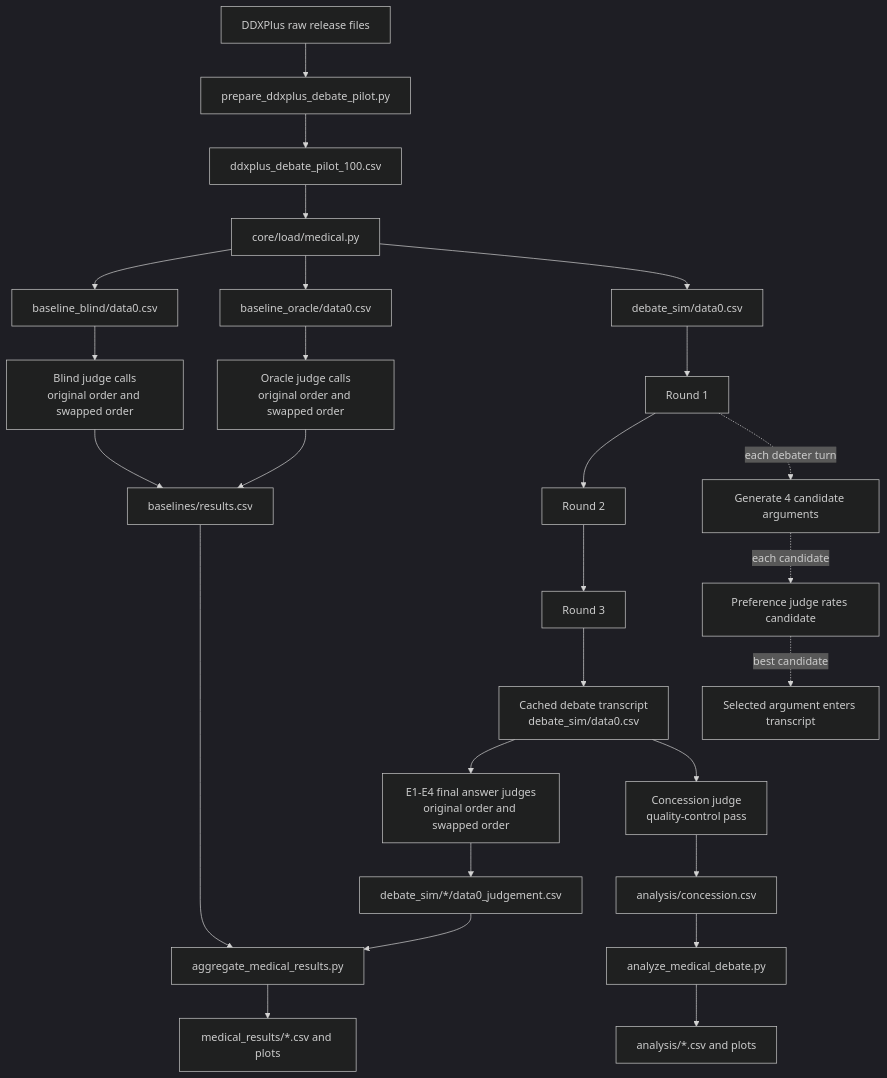
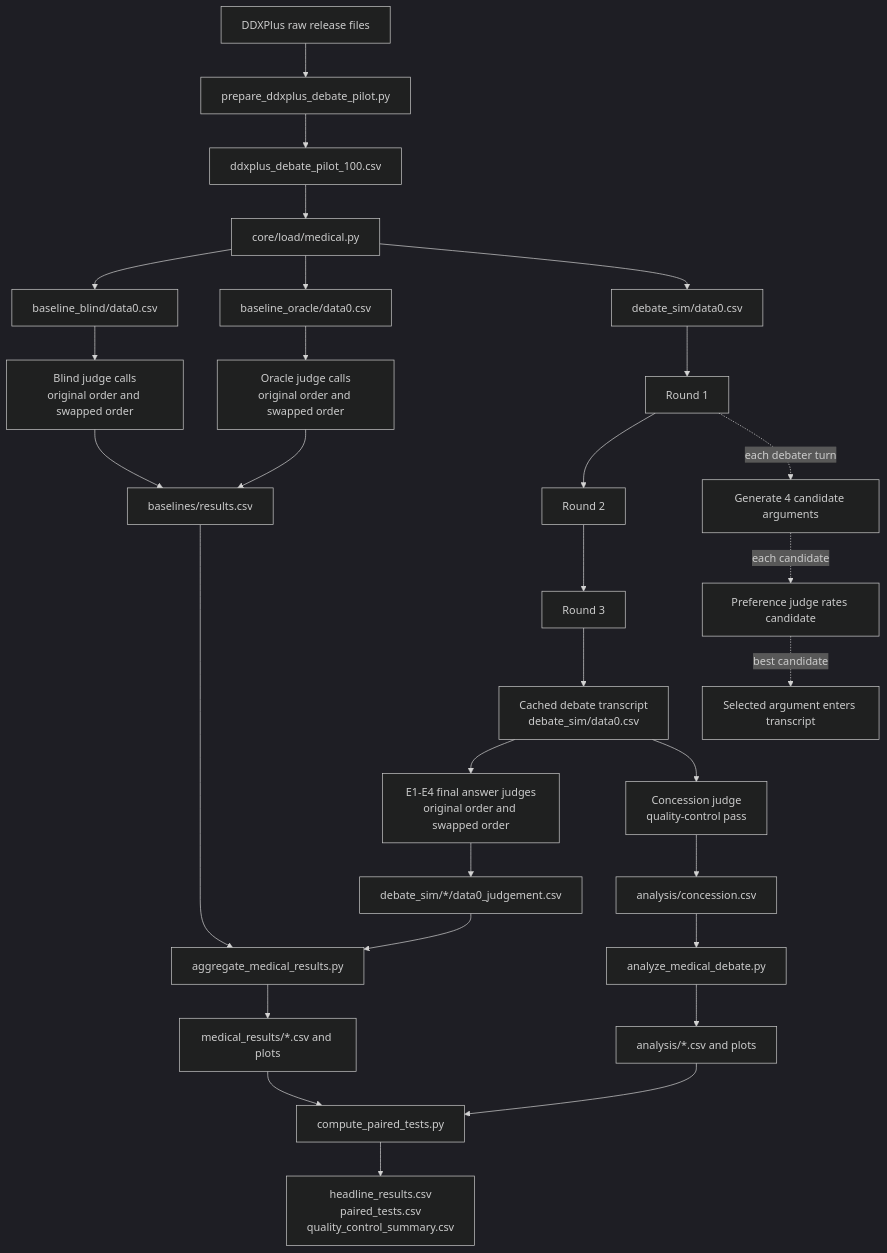
Before and after one commit to PS5138/llm_debate: the diagram in README.md, drawn with Mermaid (dark theme). The commit also changed other lines of this file and 15 other files, not shown here.

````diff
--- a/README.md
+++ b/README.md
@@ -88,33 +88,36 @@
 ```mermaid
 flowchart TD
     A["DDXPlus raw release files"] --> B["prepare_ddxplus_debate_pilot.py"]
     B --> C["ddxplus_debate_pilot_100.csv"]
     C --> D["core/load/medical.py"]
     D --> E1["baseline_blind/data0.csv"]
     D --> E2["baseline_oracle/data0.csv"]
     D --> F["debate_sim/data0.csv"]
 
     E1 --> G1["Blind judge calls<br/>original order and swapped order"]
     E2 --> G2["Oracle judge calls<br/>original order and swapped order"]
     G1 --> H["baselines/results.csv"]
     G2 --> H
 
     F --> I["Round 1"]
     I --> J["Round 2"]
     J --> K["Round 3"]
     K --> L["Cached debate transcript<br/>debate_sim/data0.csv"]
 
     I -. "each debater turn" .-> I1["Generate 4 candidate arguments"]
     I1 -. "each candidate" .-> I2["Preference judge rates candidate"]
     I2 -. "best candidate" .-> I3["Selected argument enters transcript"]
 
     L --> M["E1-E4 final answer judges<br/>original order and swapped order"]
     L --> N["Concession judge<br/>quality-control pass"]
     M --> O["debate_sim/*/data0_judgement.csv"]
     N --> P["analysis/concession.csv"]
     O --> Q["aggregate_medical_results.py"]
     H --> Q
     P --> R["analyze_medical_debate.py"]
     Q --> S["medical_results/*.csv and plots"]
     R --> T["analysis/*.csv and plots"]
+    S --> U["compute_paired_tests.py"]
+    T --> U
+    U --> V["headline_results.csv<br/>paired_tests.csv<br/>quality_control_summary.csv"]
 ```
````
